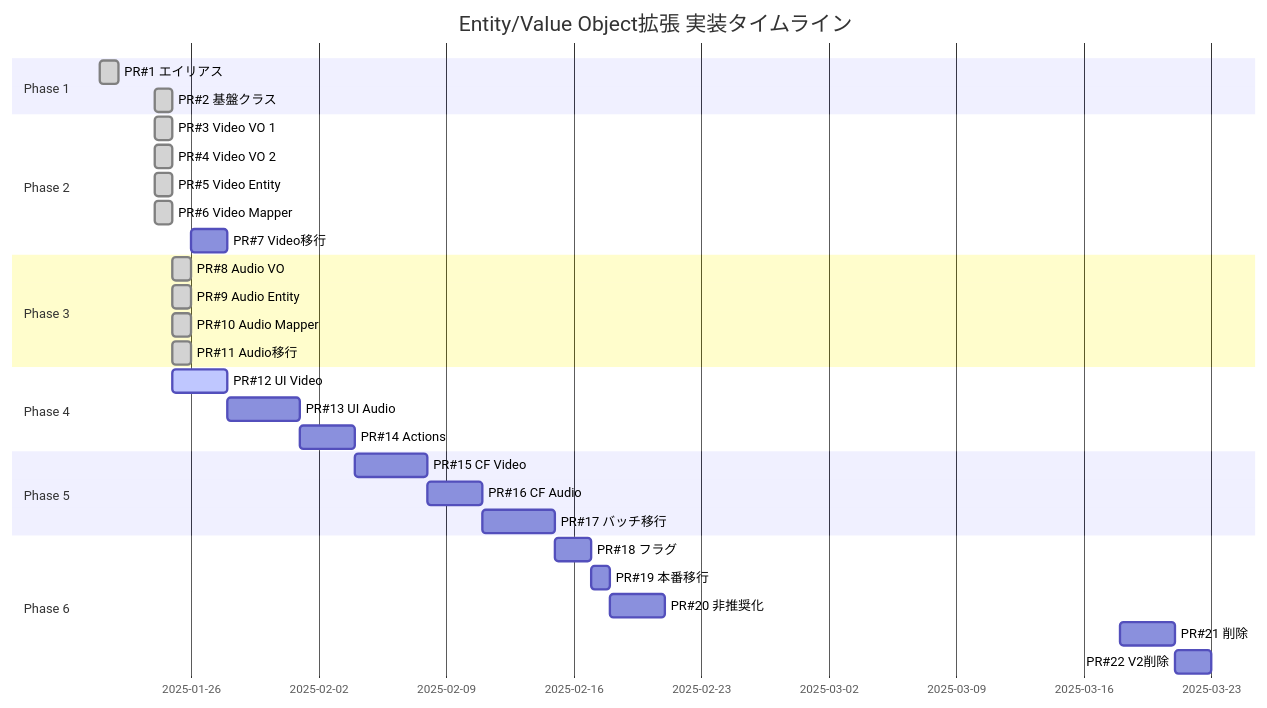
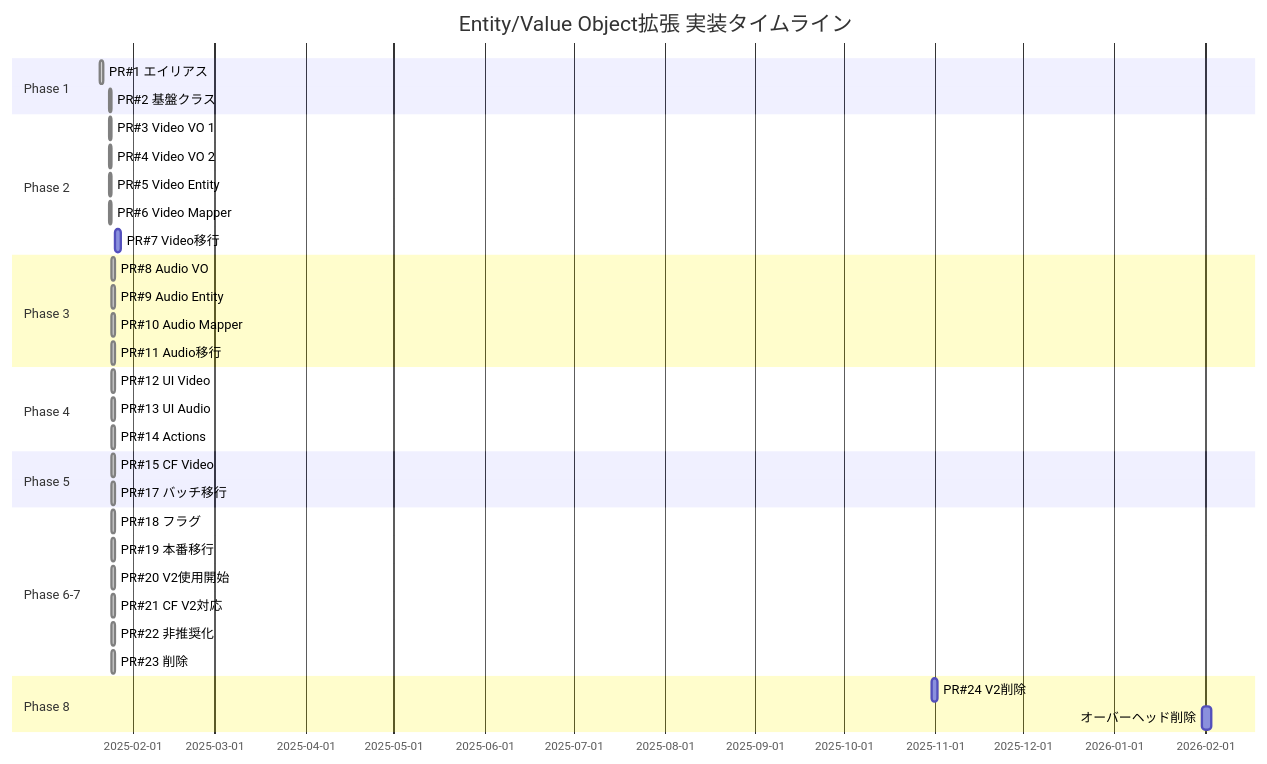
The diagram in docs/ENTITY_VALUE_OBJECT_PR_BREAKDOWN.md (nothink-jp/suzumina.click), drawn with Mermaid before and after one commit. The commit also changed other lines of this file, not shown here.

````diff
--- a/docs/ENTITY_VALUE_OBJECT_PR_BREAKDOWN.md
+++ b/docs/ENTITY_VALUE_OBJECT_PR_BREAKDOWN.md
@@ -618,38 +595,42 @@
 ```mermaid
 gantt
     title Entity/Value Object拡張 実装タイムライン
     dateFormat YYYY-MM-DD
     section Phase 1
     PR#1 エイリアス     :done, 2025-01-21, 1d
     PR#2 基盤クラス     :done, 2025-01-24, 1d
     
     section Phase 2
     PR#3 Video VO 1     :done, 2025-01-24, 1d
     PR#4 Video VO 2     :done, 2025-01-24, 1d
     PR#5 Video Entity   :done, 2025-01-24, 1d
     PR#6 Video Mapper   :done, 2025-01-24, 1d
     PR#7 Video移行      :2025-01-26, 2d
     
     section Phase 3
     PR#8 Audio VO       :done, 2025-01-25, 1d
     PR#9 Audio Entity   :done, 2025-01-25, 1d
     PR#10 Audio Mapper  :done, 2025-01-25, 1d
     PR#11 Audio移行     :done, 2025-01-25, 1d
     
     section Phase 4
-    PR#12 UI Video      :active, 2025-01-25, 3d
-    PR#13 UI Audio      :2025-01-28, 4d
-    PR#14 Actions       :2025-02-01, 3d
+    PR#12 UI Video      :done, 2025-01-25, 1d
+    PR#13 UI Audio      :done, 2025-01-25, 1d
+    PR#14 Actions       :done, 2025-01-25, 1d
     
     section Phase 5
-    PR#15 CF Video      :2025-02-04, 4d
-    PR#16 CF Audio      :2025-02-08, 3d
-    PR#17 バッチ移行    :2025-02-11, 4d
+    PR#15 CF Video      :done, 2025-01-25, 1d
+    PR#17 バッチ移行    :done, 2025-01-25, 1d
     
-    section Phase 6
-    PR#18 フラグ        :2025-02-15, 2d
-    PR#19 本番移行      :2025-02-17, 1d
-    PR#20 非推奨化      :2025-02-18, 3d
-    PR#21 削除          :2025-03-18, 3d
-    PR#22 V2削除        :2025-03-21, 2d
+    section Phase 6-7
+    PR#18 フラグ        :done, 2025-01-25, 1d
+    PR#19 本番移行      :done, 2025-01-25, 1d
+    PR#20 V2使用開始    :done, 2025-01-25, 1d
+    PR#21 CF V2対応     :done, 2025-01-25, 1d
+    PR#22 非推奨化      :done, 2025-01-25, 1d
+    PR#23 削除          :done, 2025-01-25, 1d
+    
+    section Phase 8
+    PR#24 V2削除        :2025-10-31, 2d
+    オーバーヘッド削除   :2026-01-31, 3d
 ```
````
